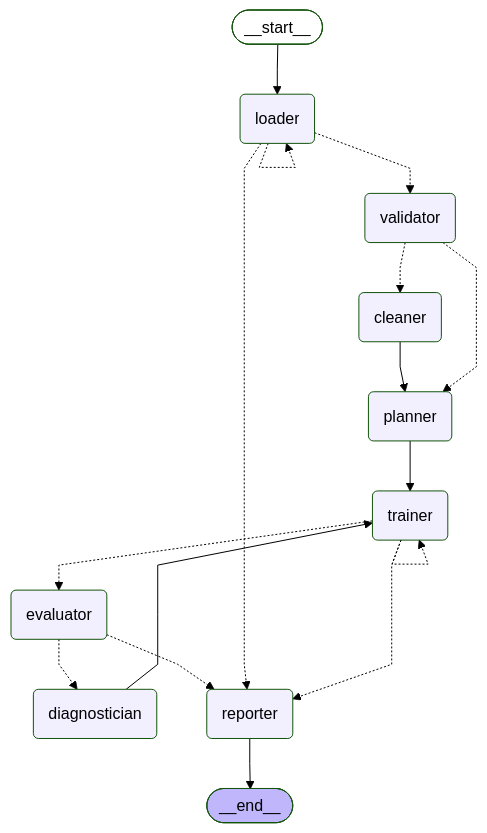
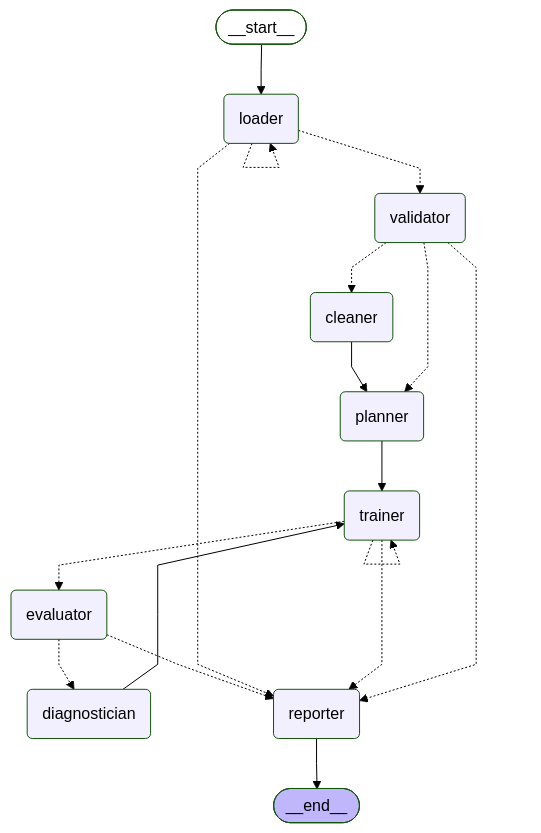
One commit to tsaonetapologo/IDS706-Week-11-Mini-Assignment-with-Orchestration changed the diagram in docs/adaptive_graph.mmd. Above: the diagram before and after it, drawn with Mermaid (forest theme). The commit also changed 15 other files, not shown here.

Commit message:
Part 3: compare against actual class repo code (submodule); rebuilt adaptive graph and eval suite

```diff
--- a/docs/adaptive_graph.mmd
+++ b/docs/adaptive_graph.mmd
@@ -1,34 +1,35 @@
 ---
 config:
   flowchart:
     curve: linear
 ---
 graph TD;
 	__start__([<p>__start__</p>]):::first
 	loader(loader)
 	validator(validator)
 	cleaner(cleaner)
 	planner(planner)
 	trainer(trainer)
 	evaluator(evaluator)
 	diagnostician(diagnostician)
 	reporter(reporter)
 	__end__([<p>__end__</p>]):::last
 	__start__ --> loader;
 	cleaner --> planner;
 	diagnostician --> trainer;
 	evaluator -.-> diagnostician;
 	evaluator -.-> reporter;
 	loader -.-> reporter;
 	loader -.-> validator;
 	planner --> trainer;
 	trainer -.-> evaluator;
 	trainer -.-> reporter;
 	validator -.-> cleaner;
 	validator -.-> planner;
+	validator -.-> reporter;
 	reporter --> __end__;
 	loader -.-> loader;
 	trainer -.-> trainer;
 	classDef default fill:#f2f0ff,line-height:1.2
 	classDef first fill-opacity:0
 	classDef last fill:#bfb6fc
```
